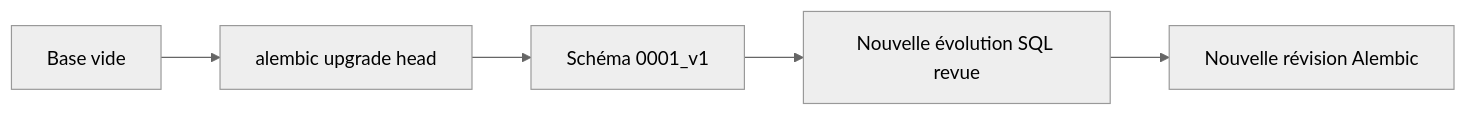
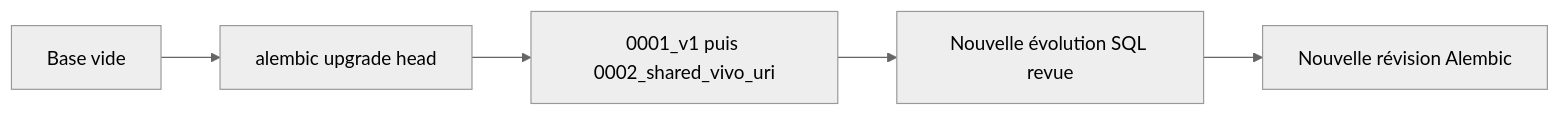
One commit to arthurvac/api_ingestion_fichier_bdd changed the second of 4 diagrams in docs/exploitation.md. Above: the diagram before and after it, drawn with Mermaid (neutral theme). The commit also changed other lines of this file and 12 other files, not shown here.

First line of the commit message:
fix: conserver les URI VIVO partagées entre organisations

````diff
--- a/docs/exploitation.md
+++ b/docs/exploitation.md
@@ -62,7 +62,7 @@
 ```mermaid
 flowchart LR
     Vide["Base vide"] --> Initiale["alembic upgrade head"]
-    Initiale --> V1["Schéma 0001_v1"]
+    Initiale --> V1["0001_v1 puis 0002_shared_vivo_uri"]
     V1 --> Nouvelle["Nouvelle évolution SQL revue"]
     Nouvelle --> Suivante["Nouvelle révision Alembic"]
 ```
````
